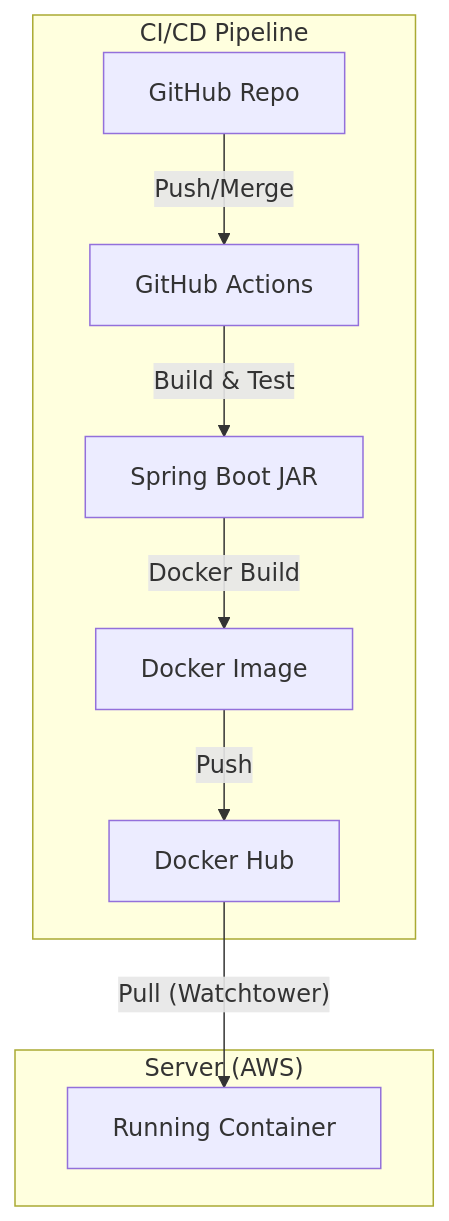
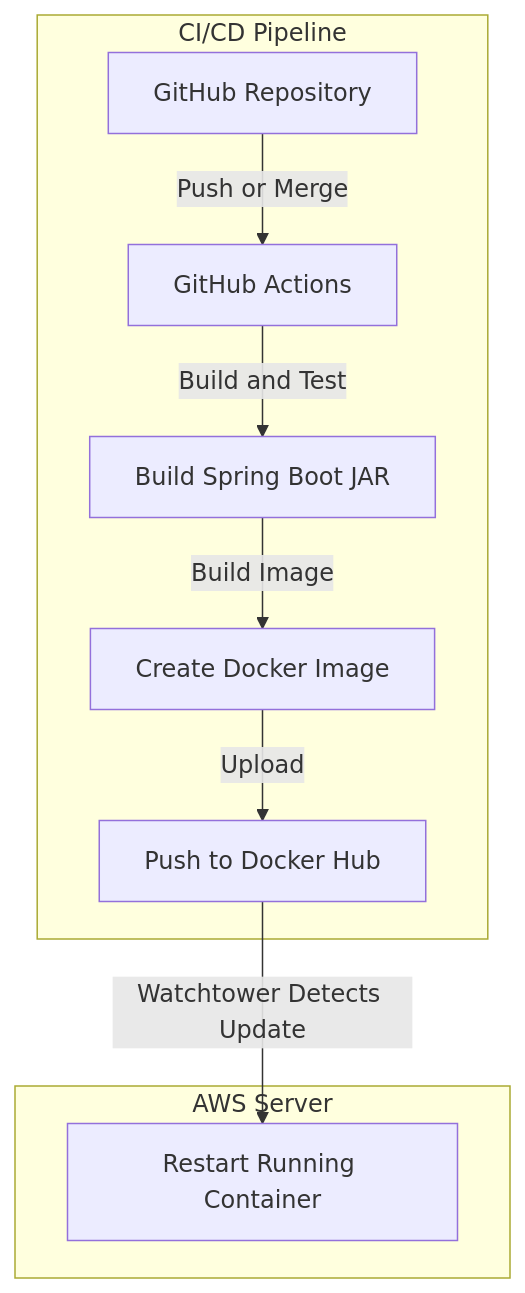
Before and after one commit to MASKUN2/quiet-chatter: the second of 2 diagrams in docs/guide/project_structure.md, drawn with Mermaid. The commit also changed other lines of this file and 4 other files, not shown here.

````diff
--- a/docs/guide/project_structure.md
+++ b/docs/guide/project_structure.md
@@ -86,13 +83,13 @@
 ```mermaid
 graph TD
-    subgraph "CI/CD Pipeline"
-        GIT[GitHub Repo] -- "Push/Merge" --> ACTIONS[GitHub Actions]
-        ACTIONS -- "Build & Test" --> JAR[Spring Boot JAR]
-        JAR -- "Docker Build" --> IMAGE[Docker Image]
-        IMAGE -- "Push" --> HUB[Docker Hub]
+    subgraph CI/CD Pipeline
+        git[GitHub Repository] -->|Push or Merge| actions[GitHub Actions]
+        actions -->|Build and Test| jar[Build Spring Boot JAR]
+        jar -->|Build Image| image[Create Docker Image]
+        image -->|Upload| hub[Push to Docker Hub]
     end
 
-    subgraph "Server (AWS)"
-        HUB -- "Pull (Watchtower)" --> CONTAINER[Running Container]
+    subgraph AWS Server
+        hub -->|Watchtower Detects Update| container[Restart Running Container]
     end
 ```
````
